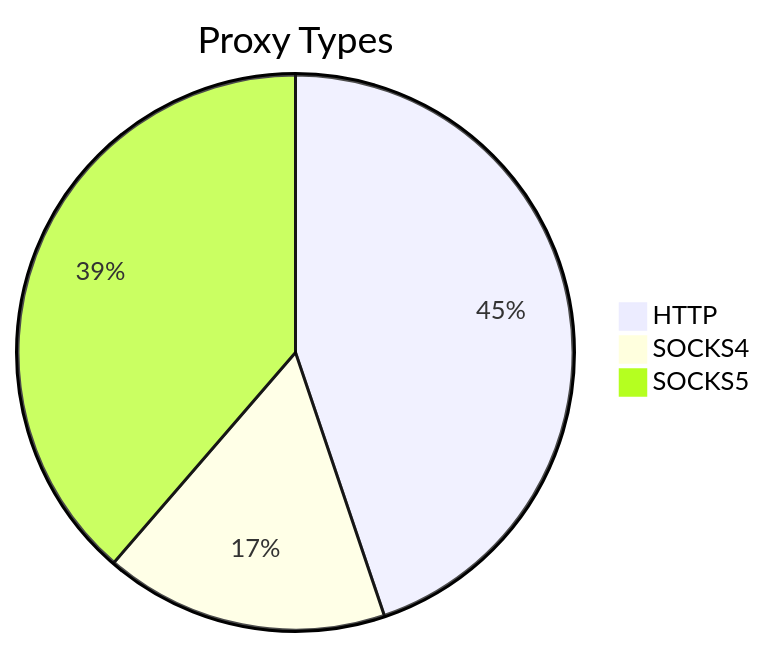
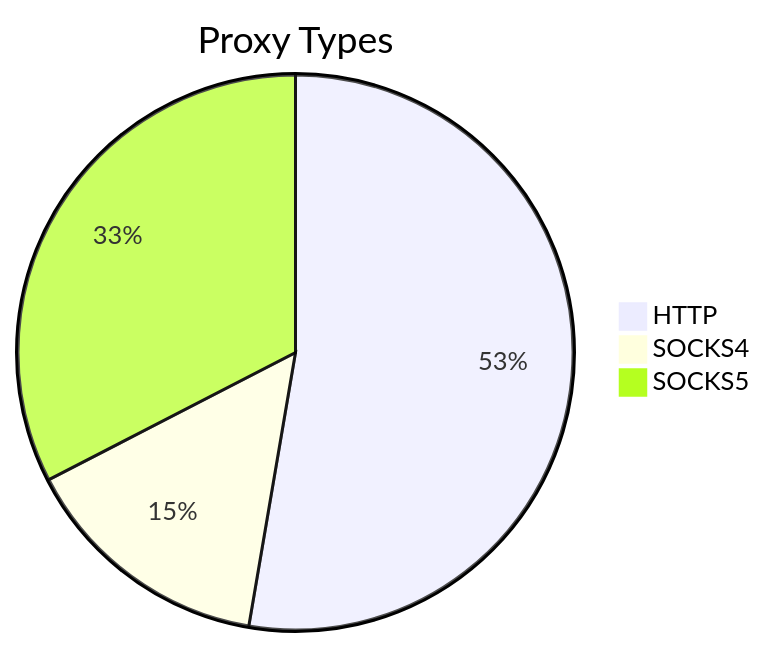
The first of 2 diagrams in README.md (stormsia/proxy-list), drawn with Mermaid before and after one commit. The commit also changed other lines of this file, not shown here.

````diff
--- a/README.md
+++ b/README.md
@@ -21,6 +21,6 @@
 ```mermaid
 pie title Proxy Types
-    "HTTP" : 160
-    "SOCKS4" : 59
-    "SOCKS5" : 138
+    "HTTP" : 186
+    "SOCKS4" : 52
+    "SOCKS5" : 115
 ```
````
